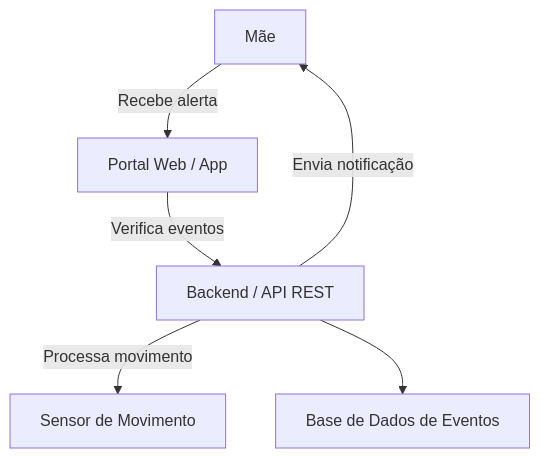
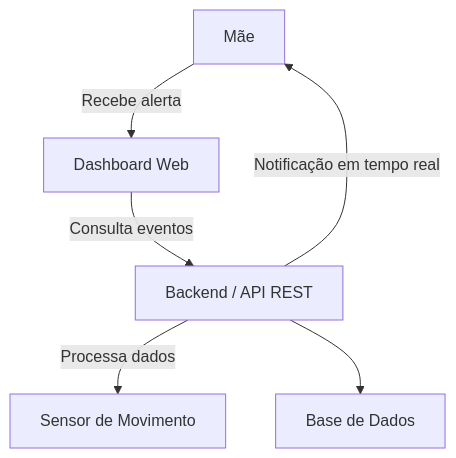
One commit to detiuaveiro/ies2526-group-project-ies2526_g303 changed the third of 5 diagrams in prototypes/diagramas.md. Above: the diagram before and after it, drawn with Mermaid. The commit also changed other lines of this file and 1 other file, not shown here.

Commit message:
Colocar user stories em diagramas.md

````diff
--- a/prototypes/diagramas.md
+++ b/prototypes/diagramas.md
@@ -42,8 +65,8 @@
 ```mermaid
 graph TD
-    Mom["Mãe"] -->|Recebe alerta| FrontendM["Portal Web / App"]
-    FrontendM -->|Verifica eventos| BackendM["Backend / API REST"]
-    BackendM -->|Processa movimento| SensorsM["Sensor de Movimento"]
-    BackendM --> DBM["Base de Dados de Eventos"]
-    BackendM -->|Envia notificação| Mom
+    Mom["Mãe"] -->|Recebe alerta| FrontendM["Dashboard Web"]
+    FrontendM -->|Consulta eventos| BackendM["Backend / API REST"]
+    BackendM -->|Processa dados| SensorsM["Sensor de Movimento"]
+    BackendM --> DBM["Base de Dados"]
+    BackendM -->|Notificação em tempo real| Mom
 ```
````
